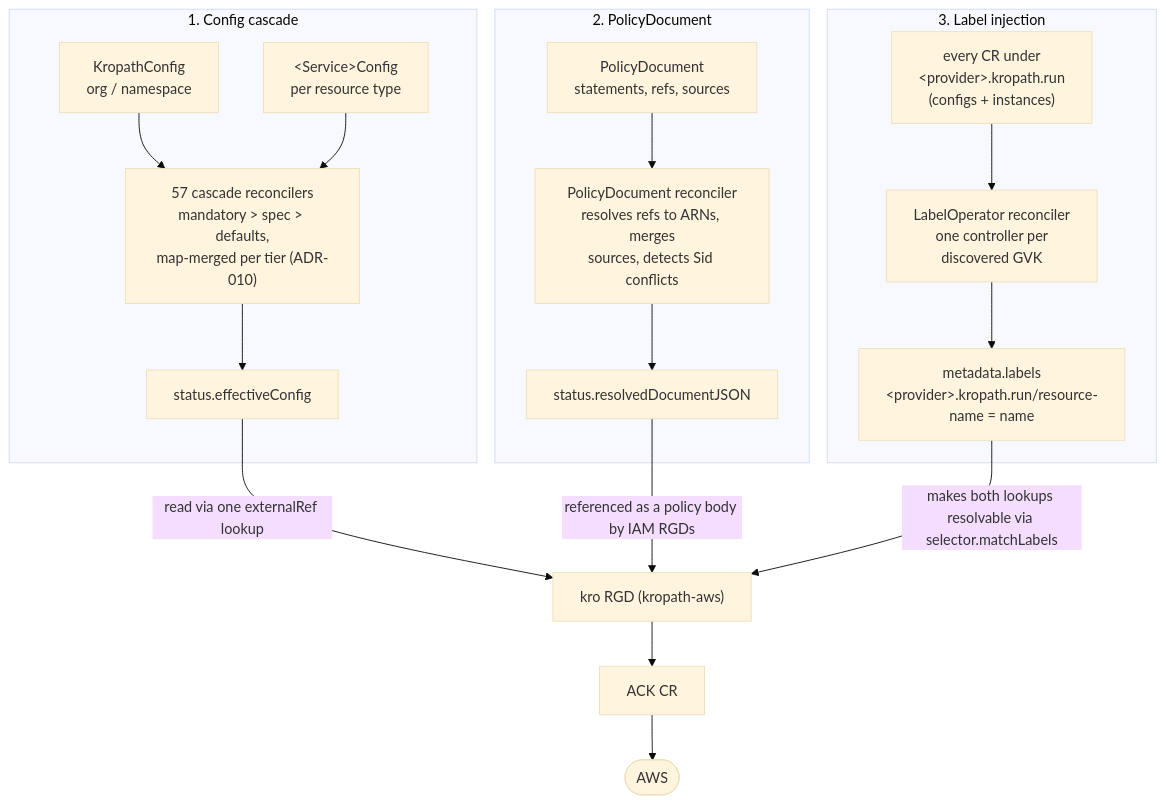
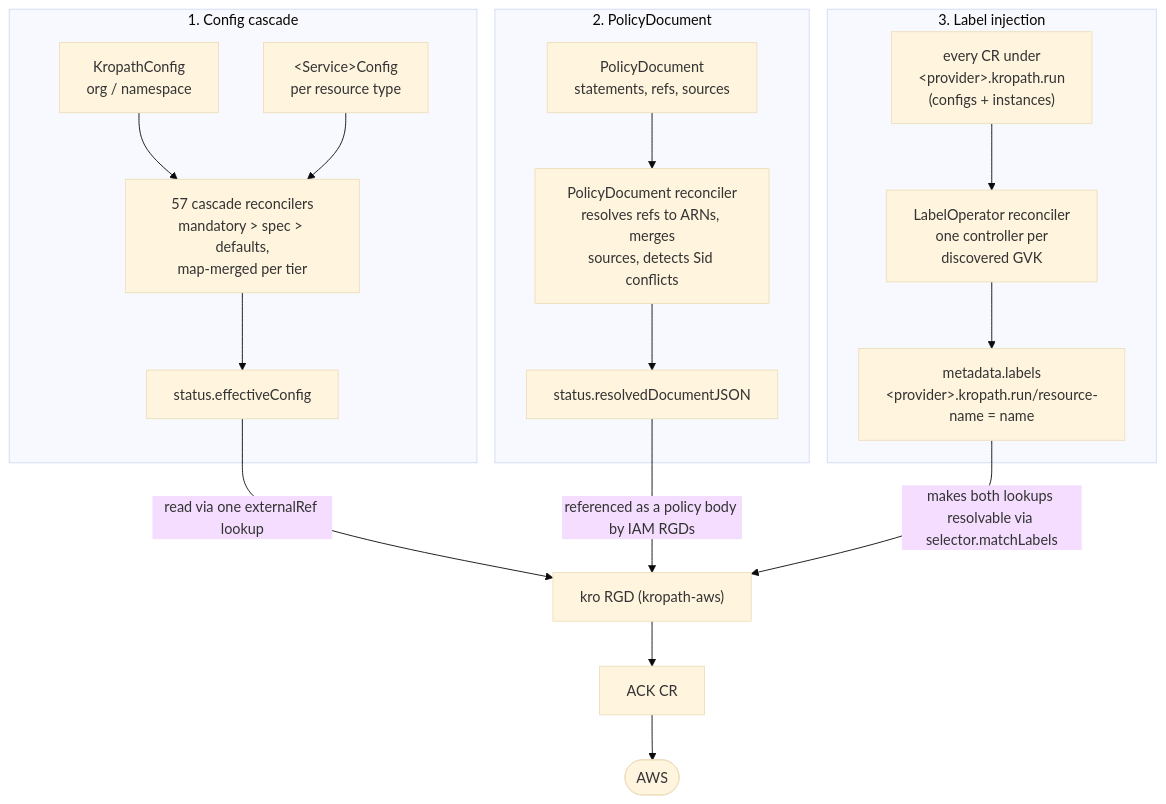
The diagram in README.md (kropath/kropath-aws-controller), drawn with Mermaid (base theme) before and after one commit. The commit also changed other lines of this file, not shown here.

````diff
--- a/README.md
+++ b/README.md
@@ -37,35 +37,35 @@
 ```mermaid
 flowchart TD
     subgraph F1["1. Config cascade"]
         KC["KropathConfig<br/>org / namespace"]
         SVC["&lt;Service&gt;Config<br/>per resource type"]
-        CASC["57 cascade reconcilers<br/>mandatory &gt; spec &gt; defaults,<br/>map-merged per tier (ADR-010)"]
+        CASC["57 cascade reconcilers<br/>mandatory &gt; spec &gt; defaults,<br/>map-merged per tier"]
         EFF["status.effectiveConfig"]
         KC --> CASC
         SVC --> CASC
         CASC --> EFF
     end
 
     subgraph F2["2. PolicyDocument"]
         PD["PolicyDocument<br/>statements, refs, sources"]
         PDR["PolicyDocument reconciler<br/>resolves refs to ARNs, merges<br/>sources, detects Sid conflicts"]
         RDOC["status.resolvedDocumentJSON"]
         PD --> PDR --> RDOC
     end
 
     subgraph F3["3. Label injection"]
         CRS["every CR under<br/>&lt;provider&gt;.kropath.run<br/>(configs + instances)"]
         LOP["LabelOperator reconciler<br/>one controller per<br/>discovered GVK"]
         LBL["metadata.labels<br/>&lt;provider&gt;.kropath.run/resource-name = name"]
         CRS --> LOP --> LBL
     end
 
     RGD["kro RGD (kropath-aws)"]
     ACK["ACK CR"]
     AWSCloud(["AWS"])
 
     EFF -->|read via one externalRef lookup| RGD
     RDOC -->|referenced as a policy body by IAM RGDs| RGD
     LBL -->|makes both lookups resolvable via selector.matchLabels| RGD
     RGD --> ACK --> AWSCloud
 ```
````
